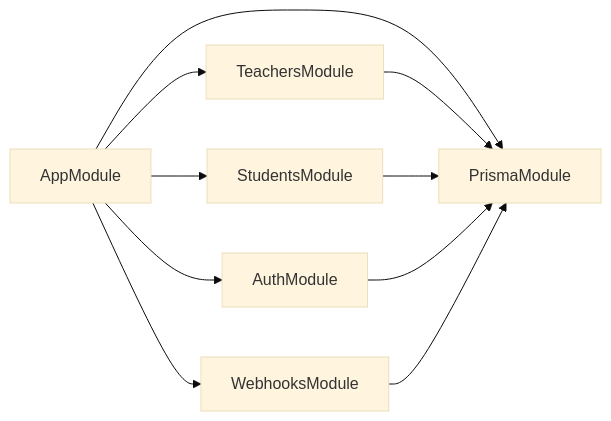
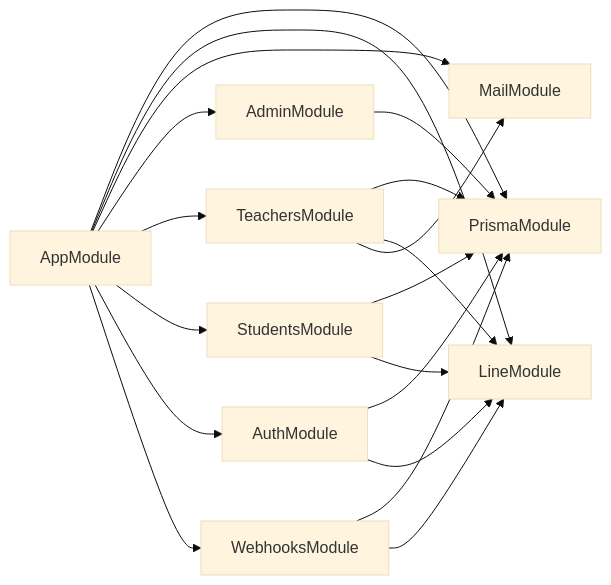
One commit to moka-neko/nests-webapp-001 changed the second of 8 diagrams in docs/detailed-design.md. Above: the diagram before and after it, drawn with Mermaid (base theme). The commit also changed other lines of this file, not shown here.

````diff
--- a/docs/detailed-design.md
+++ b/docs/detailed-design.md
@@ -186,13 +190,22 @@
 ```mermaid
 flowchart LR
     AppModule --> PrismaModule
+    AppModule --> LineModule
+    AppModule --> MailModule
+    AppModule --> AdminModule
     AppModule --> TeachersModule
     AppModule --> StudentsModule
     AppModule --> AuthModule
     AppModule --> WebhooksModule
 
     TeachersModule --> PrismaModule
+    TeachersModule --> LineModule
+    TeachersModule --> MailModule
     StudentsModule --> PrismaModule
+    StudentsModule --> LineModule
     AuthModule --> PrismaModule
+    AuthModule --> LineModule
     WebhooksModule --> PrismaModule
+    WebhooksModule --> LineModule
+    AdminModule --> PrismaModule
 ```
````
